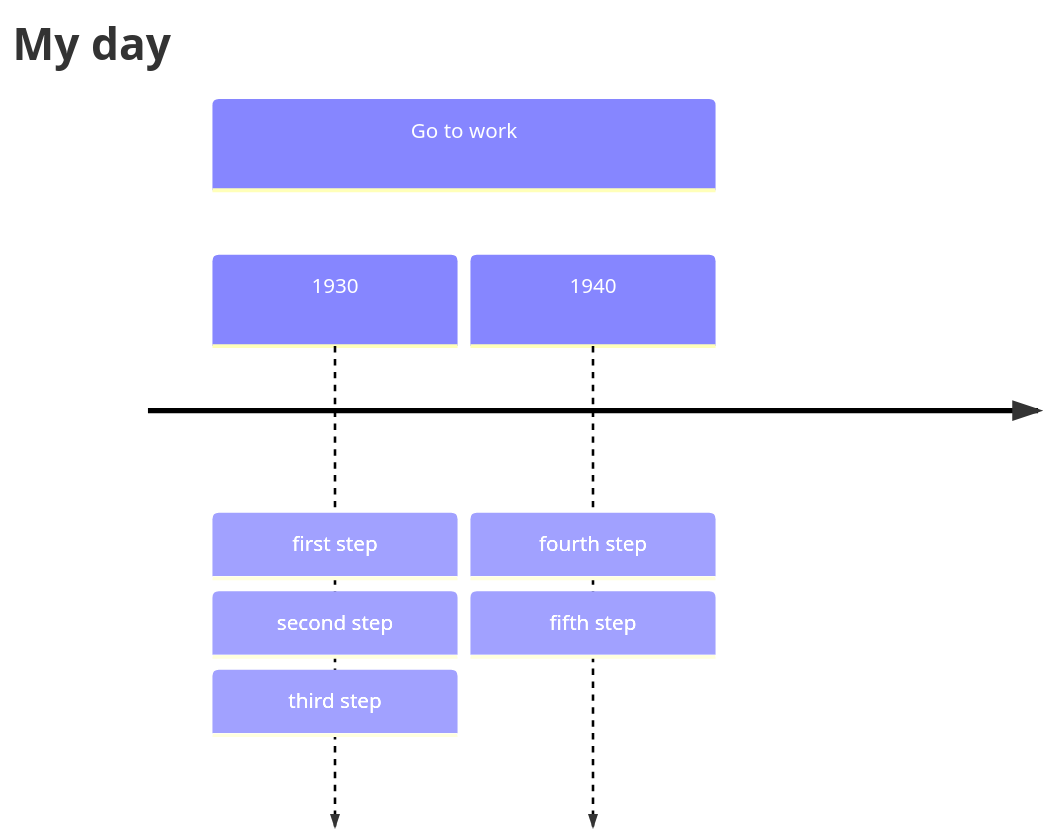
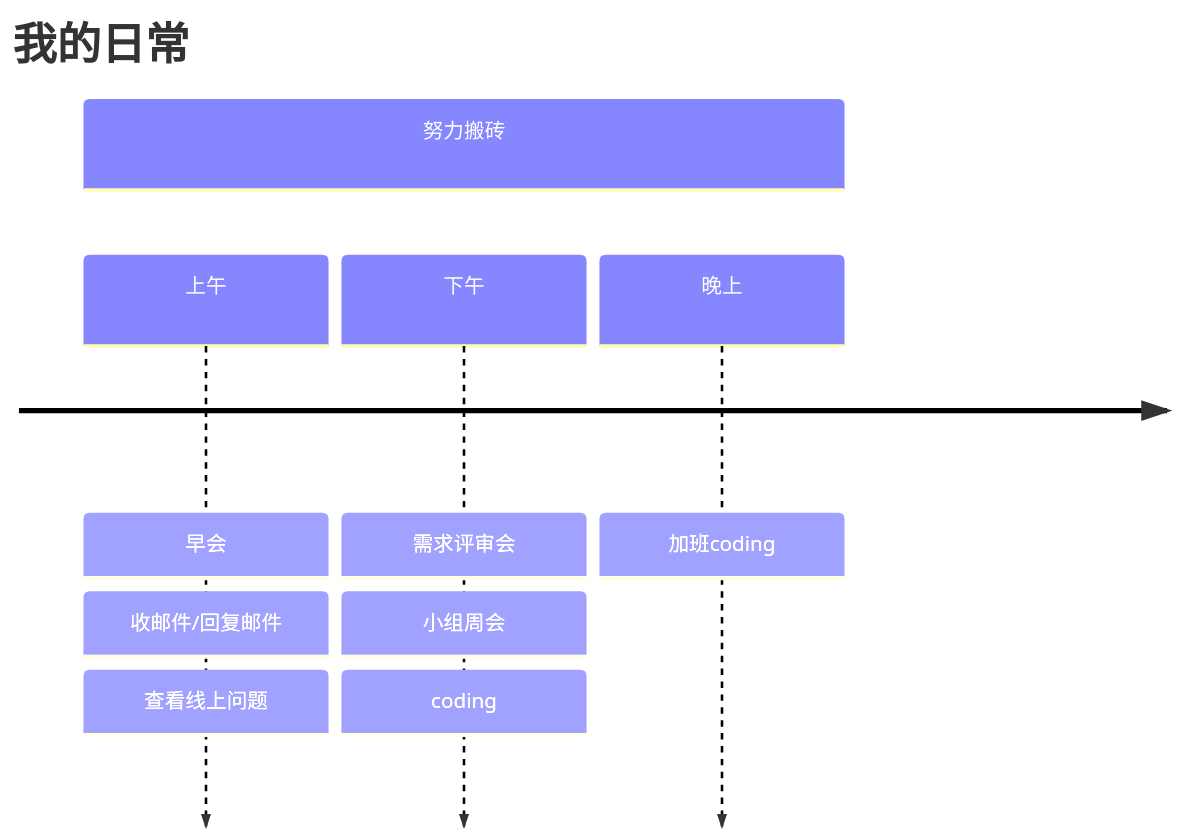
One commit to lucumt/ghblog changed diagram 12 of 12 in content/post/hugo/enable-diagrams-in-hugo.md. Above: the diagram before and after it, drawn with Mermaid. The commit also changed other lines of this file and 6 other files, not shown here.

````diff
--- a/content/post/hugo/enable-diagrams-in-hugo.md
+++ b/content/post/hugo/enable-diagrams-in-hugo.md
@@ -396,8 +580,8 @@
   ```mermaid
           timeline
-          title My day
-          section Go to work
-            1930 : first step : second step
-                 : third step
-            1940 : fourth step : fifth step
+          title 我的日常
+          section 努力搬砖
+            上午 : 早会: 收邮件/回复邮件 : 查看线上问题
+            下午 : 需求评审会 : 小组周会: coding
+            晚上: 加班coding
   ```
````
